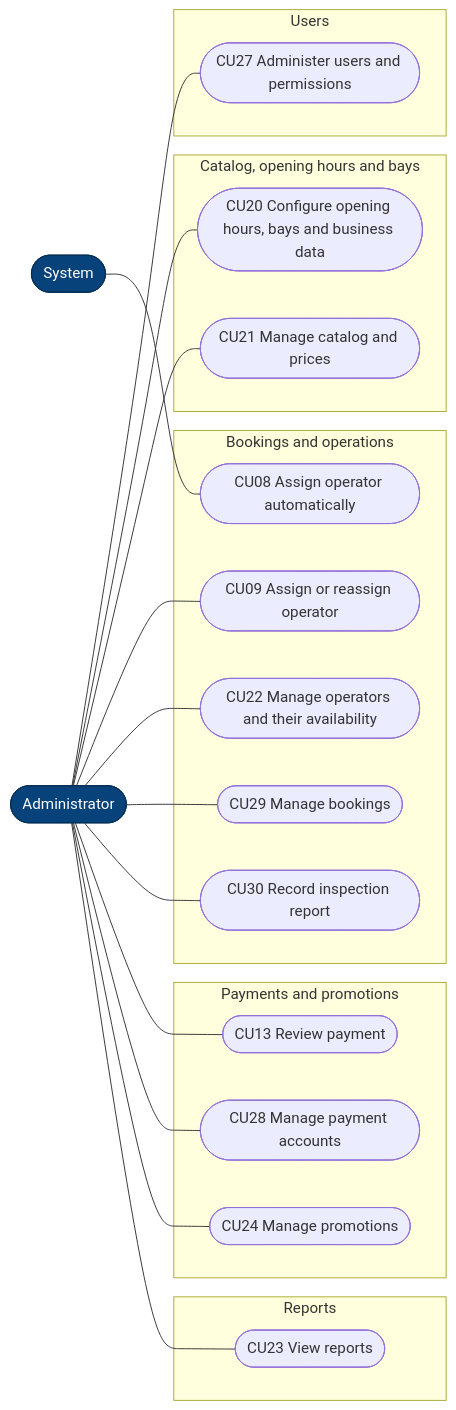
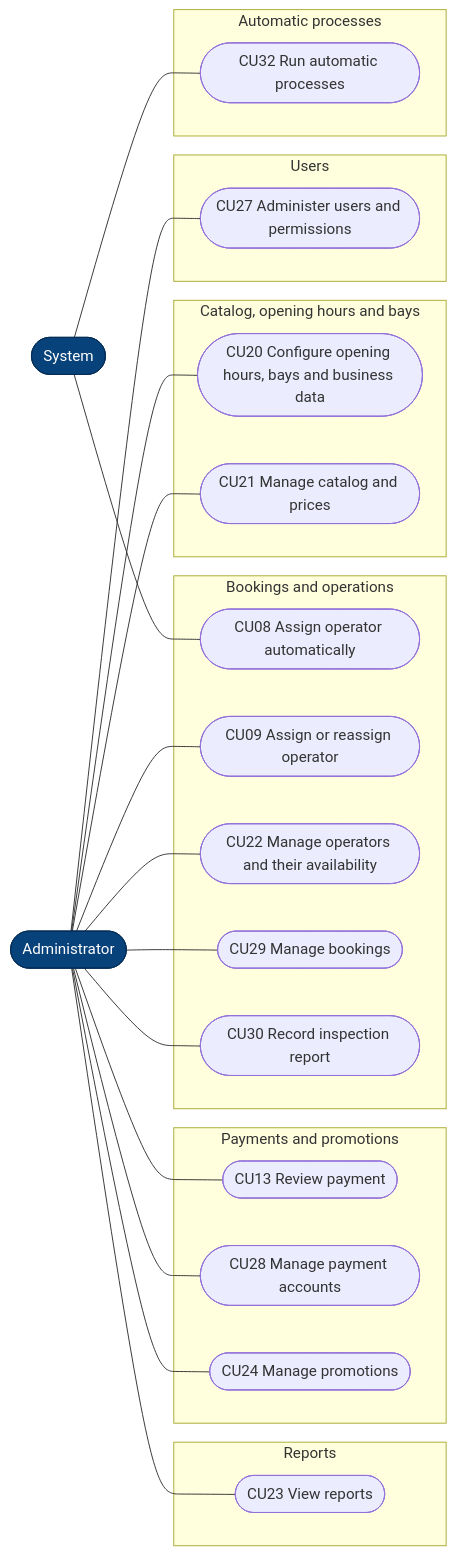
The fourth of 26 diagrams in 02_DOCUMENTACION_DE_ANALISIS_DEL_SOFTWARE/EN/MD/software-analysis-documentation.md (BrayanCABRERA123/lavarapido-docs), drawn with Mermaid before and after one commit. The commit also changed other lines of this file and 1 other file, not shown here.

Commit message:
docs(analysis): add CU31 and CU32, the password recovery sequence and the user account states

````diff
--- a/02_DOCUMENTACION_DE_ANALISIS_DEL_SOFTWARE/EN/MD/software-analysis-documentation.md
+++ b/02_DOCUMENTACION_DE_ANALISIS_DEL_SOFTWARE/EN/MD/software-analysis-documentation.md
@@ -127,44 +129,48 @@
 ```mermaid
 flowchart LR
     Administrador(["Administrator"])
     Sistema(["System"])
 
     subgraph AUTH["Users"]
         CU27(["CU27 Administer users and permissions"])
     end
     subgraph CAT["Catalog, opening hours and bays"]
         CU20(["CU20 Configure opening hours, bays and business data"])
         CU21(["CU21 Manage catalog and prices"])
     end
     subgraph RES["Bookings and operations"]
         CU08(["CU08 Assign operator automatically"])
         CU09(["CU09 Assign or reassign operator"])
         CU22b(["CU22 Manage operators and their availability"])
         CU29(["CU29 Manage bookings"])
         CU30b(["CU30 Record inspection report"])
     end
     subgraph PAG["Payments and promotions"]
         CU13(["CU13 Review payment"])
         CU28(["CU28 Manage payment accounts"])
         CU24(["CU24 Manage promotions"])
     end
     subgraph REP["Reports"]
         CU23(["CU23 View reports"])
     end
+    subgraph AUT["Automatic processes"]
+        CU32(["CU32 Run automatic processes"])
+    end
 
     Administrador --- CU27
     Administrador --- CU20
     Administrador --- CU21
     Administrador --- CU09
     Administrador --- CU22b
     Administrador --- CU29
     Administrador --- CU30b
     Administrador --- CU13
     Administrador --- CU28
     Administrador --- CU24
     Administrador --- CU23
     Sistema --- CU08
+    Sistema --- CU32
 
     classDef actor fill:#08427b,color:#fff,stroke:#052e56
     class Administrador,Sistema actor
 ```
````
